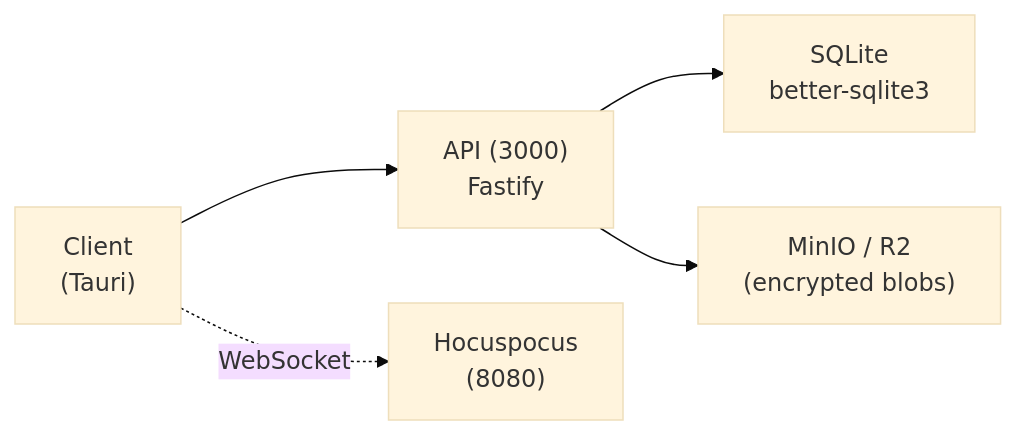
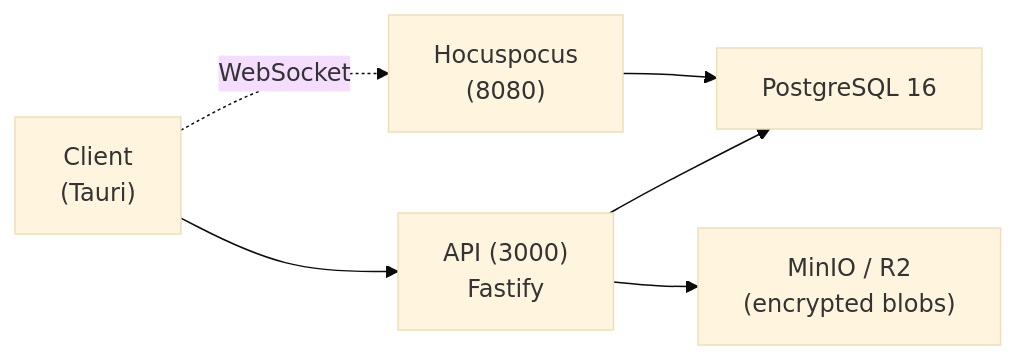
The diagram in README.md (Beaver-Notes/Beaver-Sync), drawn with Mermaid (base theme) before and after one commit. The commit also changed other lines of this file and 2 other files, not shown here.

````diff
--- a/README.md
+++ b/README.md
@@ -7,10 +7,12 @@
 ```mermaid
 flowchart LR
     Client["Client<br/>(Tauri)"] --> API["API (3000)<br/>Fastify"]
 
-    API --> DB["SQLite<br/>better-sqlite3"]
+    API --> DB["PostgreSQL 16"]
 
     Client -. WebSocket .-> Hocuspocus["Hocuspocus<br/>(8080)"]
 
+    Hocuspocus --> DB
+
     API --> Storage["MinIO / R2<br/>(encrypted blobs)"]
 ```
````
